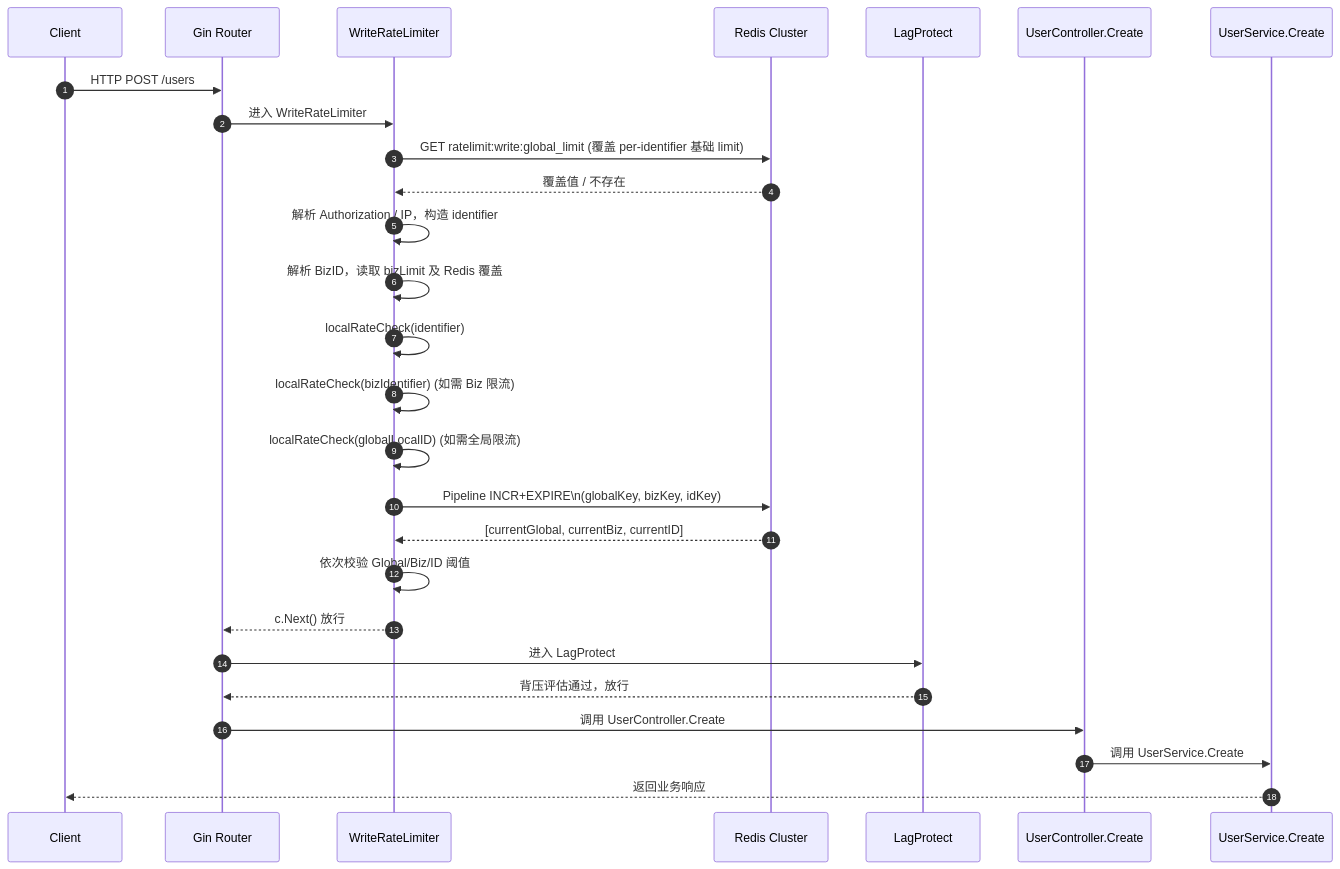
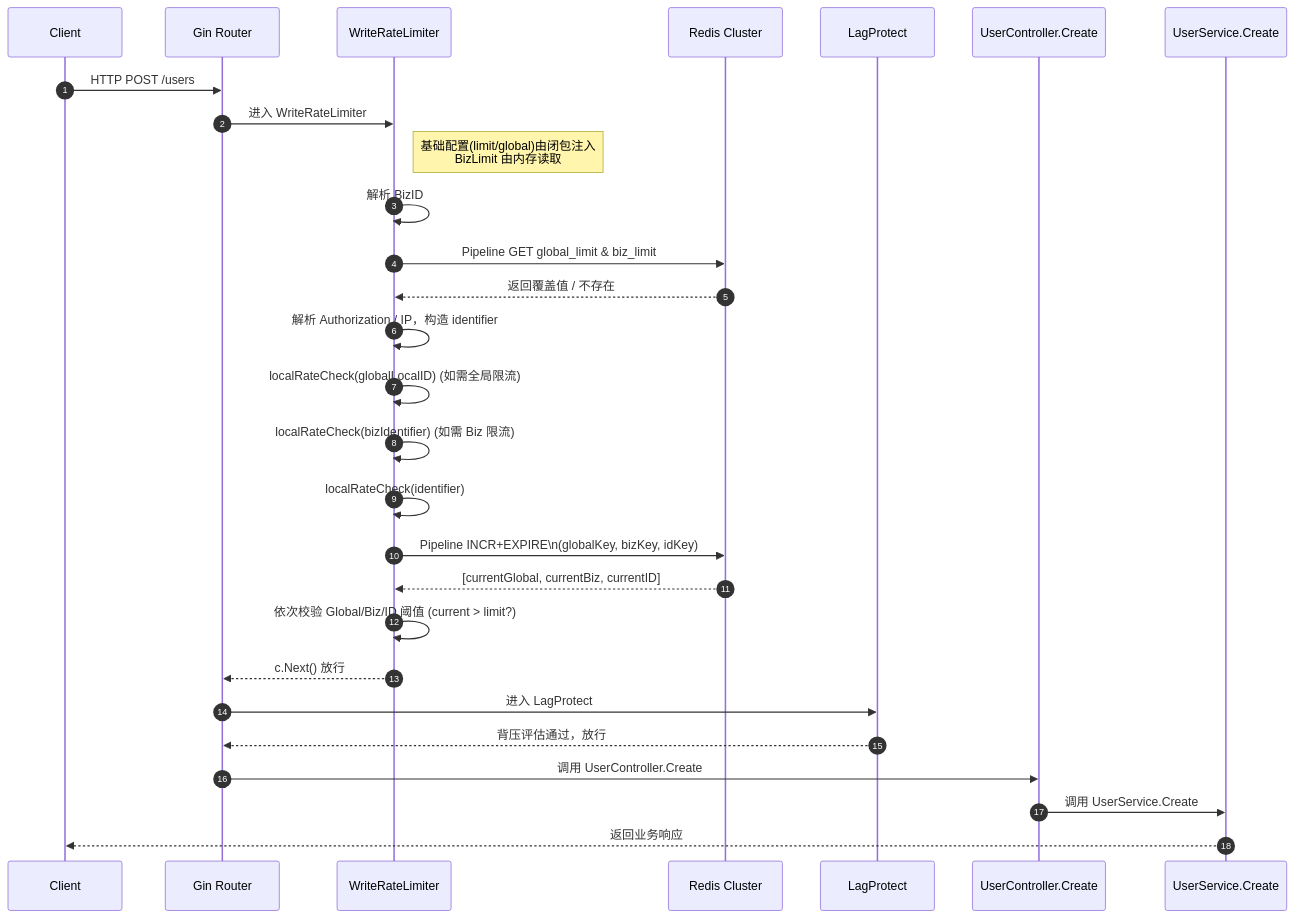
The sixth of 21 diagrams in doc/create_api_analysis.md (maxiaolu197102/cdmp-mini), drawn with Mermaid before and after one commit. The commit also changed other lines of this file and 1 other file, not shown here.

````diff
--- a/doc/create_api_analysis.md
+++ b/doc/create_api_analysis.md
@@ -888,36 +914,37 @@
 ```mermaid
 %%{init: {'theme': 'base', 'themeVariables': {
     'lineColor': '#1D4ED8',           /* 连线：蓝色 */
     'textColor': '#DC2626',           /* 文本：红色 */
     'actorTextColor': '#DC2626',      /* 角色名称：红色 */
     'sequenceNumberColor': '#DC2626'  /* 序号：红色 */
 }}}%%
 sequenceDiagram
     autonumber
     participant Client as Client
     participant Gin as Gin Router
     participant WL as WriteRateLimiter
     participant Redis as Redis Cluster
     participant Lag as LagProtect
     participant Ctr as UserController.Create
     participant Svc as UserService.Create
 
     Client->>Gin: HTTP POST /users
     Gin->>WL: 进入 WriteRateLimiter
-    WL->>Redis: GET ratelimit:write:global_limit (覆盖 per-identifier 基础 limit)
-    Redis-->>WL: 覆盖值 / 不存在
+    Note right of WL: 基础配置(limit/global)由闭包注入<br/>BizLimit 由内存读取
+    WL->>WL: 解析 BizID
+    WL->>Redis: Pipeline GET global_limit & biz_limit
+    Redis-->>WL: 返回覆盖值 / 不存在
     WL->>WL: 解析 Authorization / IP，构造 identifier
-    WL->>WL: 解析 BizID，读取 bizLimit 及 Redis 覆盖
+    WL->>WL: localRateCheck(globalLocalID) (如需全局限流)
+    WL->>WL: localRateCheck(bizIdentifier) (如需 Biz 限流)
     WL->>WL: localRateCheck(identifier)
-    WL->>WL: localRateCheck(bizIdentifier) (如需 Biz 限流)
-    WL->>WL: localRateCheck(globalLocalID) (如需全局限流)
     WL->>Redis: Pipeline INCR+EXPIRE\n(globalKey, bizKey, idKey)
     Redis-->>WL: [currentGlobal, currentBiz, currentID]
-    WL->>WL: 依次校验 Global/Biz/ID 阈值
+    WL->>WL: 依次校验 Global/Biz/ID 阈值 (current > limit?)
     WL-->>Gin: c.Next() 放行
     Gin->>Lag: 进入 LagProtect
     Lag-->>Gin: 背压评估通过，放行
     Gin->>Ctr: 调用 UserController.Create
     Ctr->>Svc: 调用 UserService.Create
     Svc-->>Client: 返回业务响应
 ```
````
